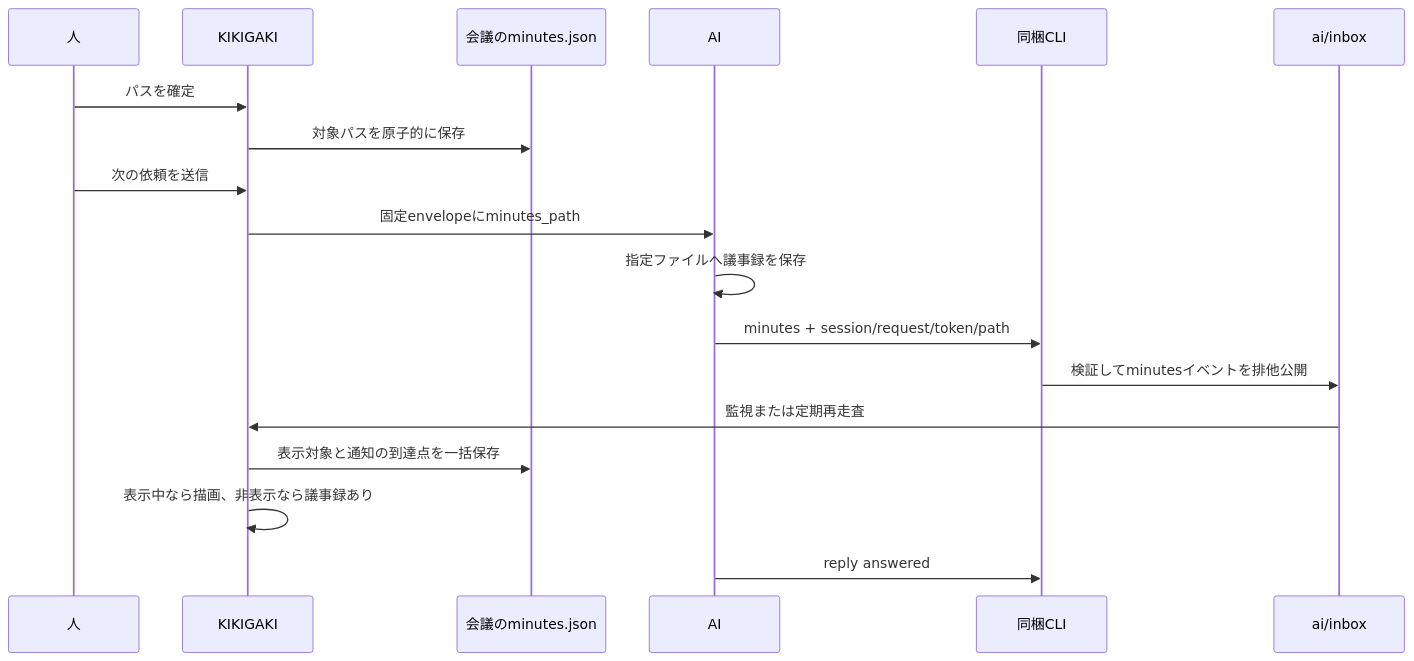
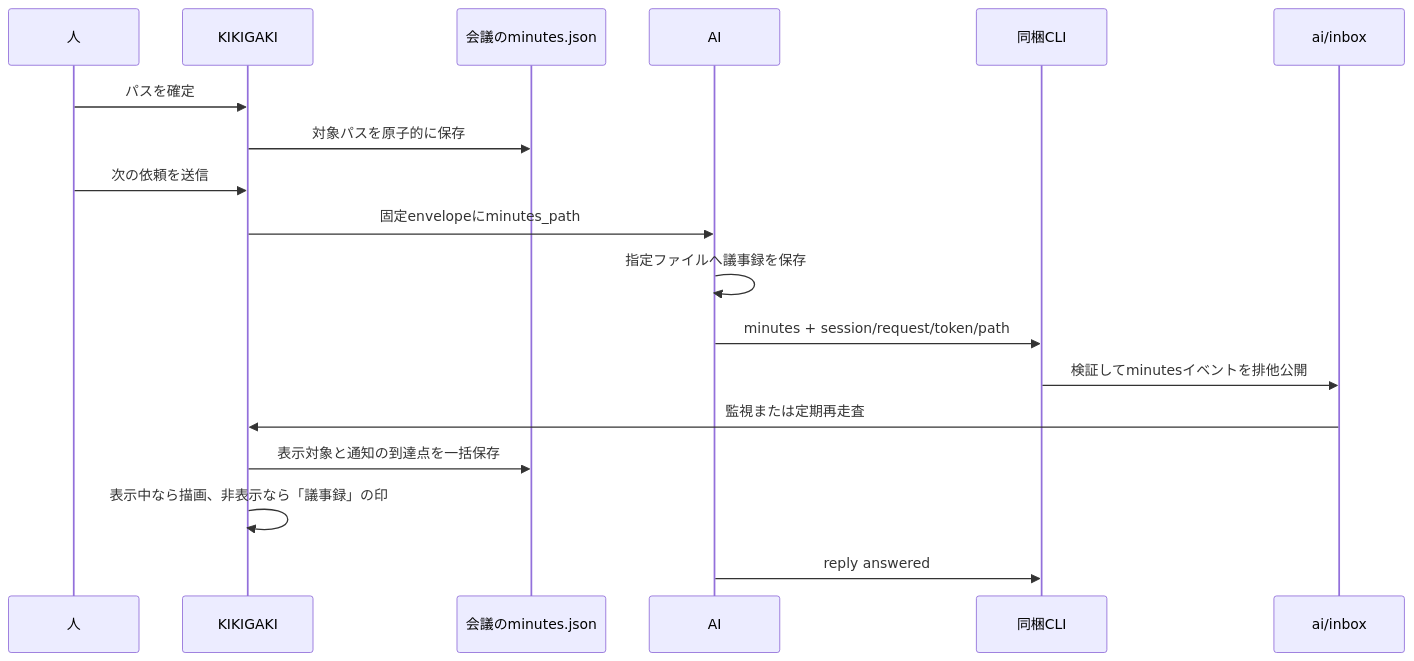
One commit to tadashi-aikawa/kikigaki changed the diagram in docs/minutes-preview.md. Above: the diagram before and after it, drawn with Mermaid. The commit also changed other lines of this file and 2 other files, not shown here.

Commit message:
docs: サイトの執筆で見つかった仕様文書の古い記述を直す

````diff
--- a/docs/minutes-preview.md
+++ b/docs/minutes-preview.md
@@ -30,20 +30,20 @@
 ```mermaid
 sequenceDiagram
     participant H as 人
     participant A as KIKIGAKI
     participant S as 会議のminutes.json
     participant I as AI
     participant C as 同梱CLI
     participant B as ai/inbox
     H->>A: パスを確定
     A->>S: 対象パスを原子的に保存
     H->>A: 次の依頼を送信
     A->>I: 固定envelopeにminutes_path
     I->>I: 指定ファイルへ議事録を保存
     I->>C: minutes + session/request/token/path
     C->>B: 検証してminutesイベントを排他公開
     B->>A: 監視または定期再走査
     A->>S: 表示対象と通知の到達点を一括保存
-    A->>A: 表示中なら描画、非表示なら議事録あり
+    A->>A: 表示中なら描画、非表示なら「議事録」の印
     I->>C: reply answered
 ```
````
